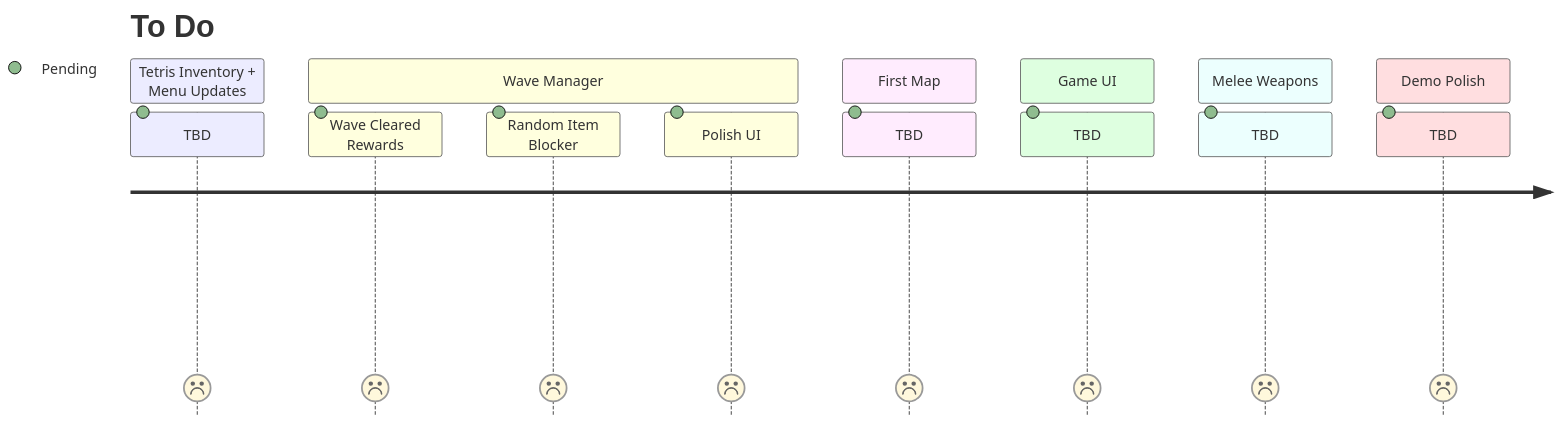
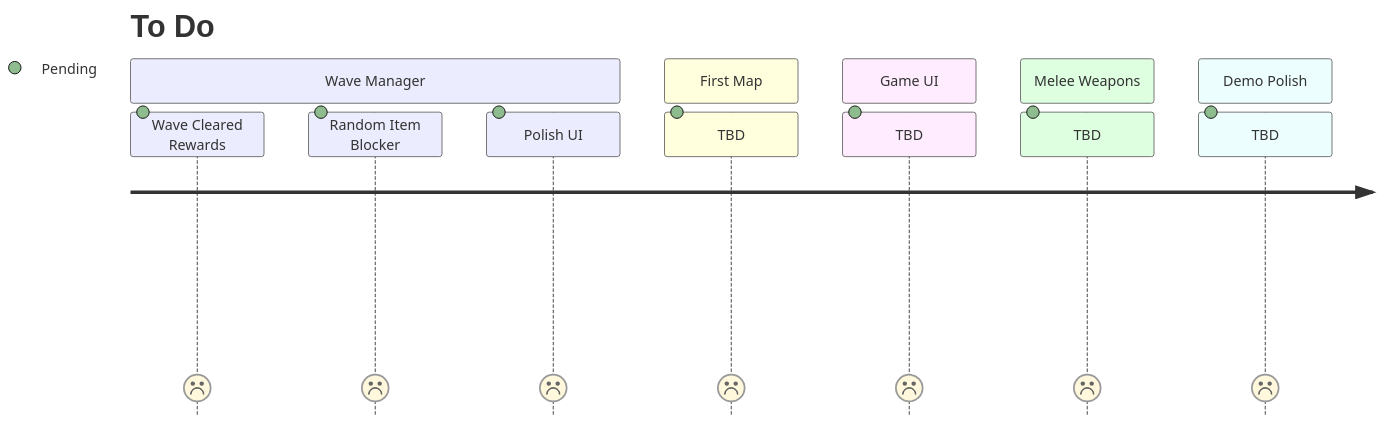
One commit to salmonsimon/EvilSuitcase4 changed the second of 8 diagrams in README.md. Above: the diagram before and after it, drawn with Mermaid. The commit also changed other lines of this file, not shown here.

````diff
--- a/README.md
+++ b/README.md
@@ -59,25 +66,22 @@
 ```mermaid 
   journey
     title To Do
-        
-    section Tetris Inventory + Menu Updates
-        TBD: 1: Pending
     
     section Wave Manager
         Wave Cleared Rewards: 1: Pending
         Random Item Blocker: 1: Pending
         Polish UI: 1: Pending
         
     section First Map
         TBD: 1: Pending
         
     section Game UI
         TBD: 1: Pending
         
     section Melee Weapons
         TBD: 1: Pending
         
     section Demo Polish
         TBD: 1: Pending
     
 ```
````
